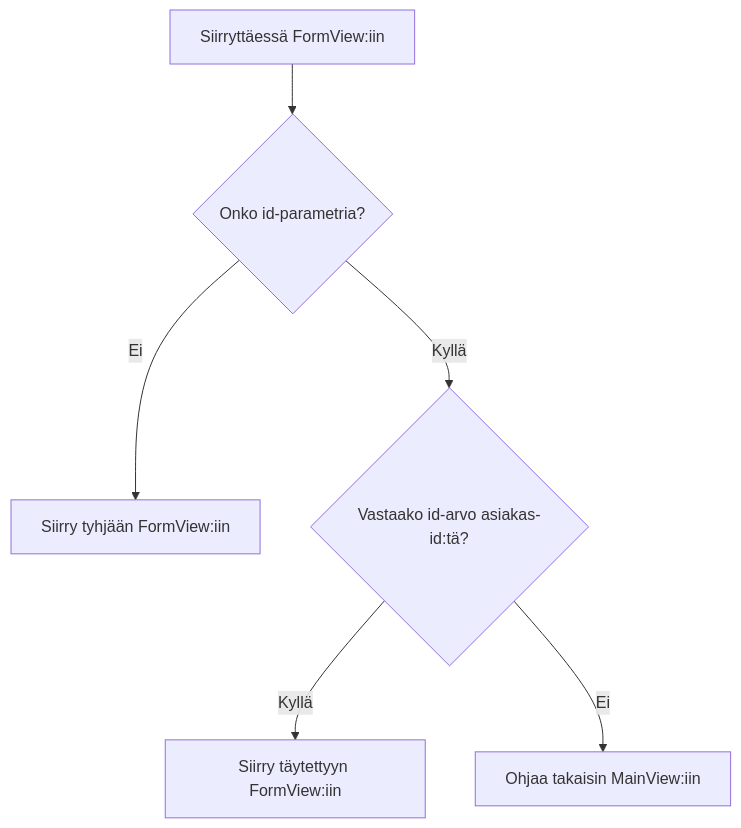
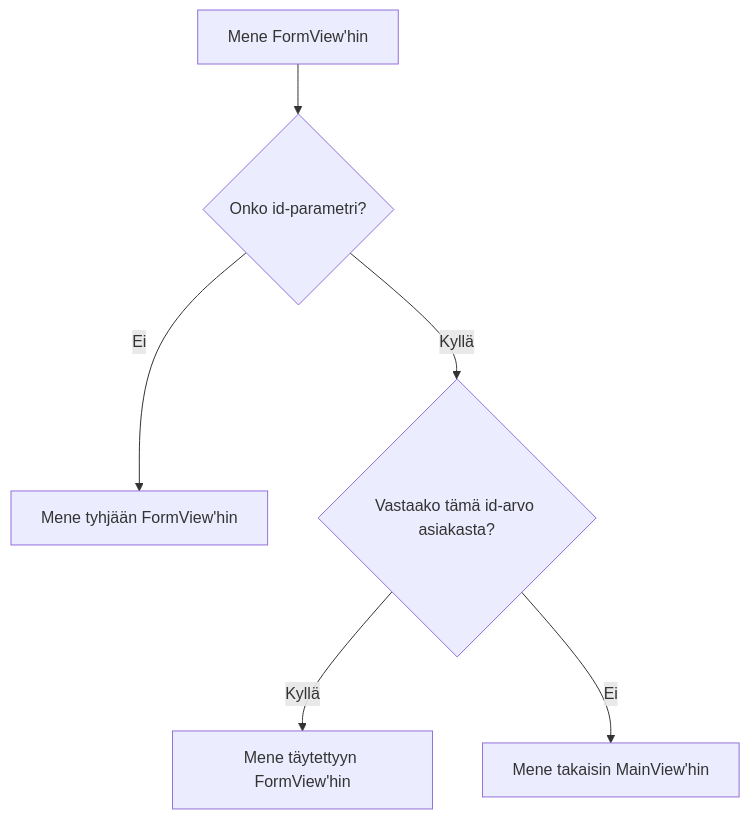
The diagram in docs/i18n/fi/docusaurus-plugin-content-docs/current/introduction/tutorial/observers-and-route-parameters.md (webforj/webforj-documentation), drawn with Mermaid before and after one commit. The commit also changed other lines of this file and 1016 other files, not shown here.

````diff
--- a/docs/i18n/fi/docusaurus-plugin-content-docs/current/introduction/tutorial/observers-and-route-parameters.md
+++ b/docs/i18n/fi/docusaurus-plugin-content-docs/current/introduction/tutorial/observers-and-route-parameters.md
@@ -72,8 +72,8 @@
 ```mermaid
 flowchart TD
-    A[Siirryttäessä FormView:iin] --> B{Onko id-parametria?}
-    B -->|Ei| C[Siirry tyhjään FormView:iin]
-    B -->|Kyllä| D{Vastaako id-arvo asiakas-id:tä?}
-    D -->|Kyllä| E[Siirry täytettyyn FormView:iin]
-    D -->|Ei| F[Ohjaa takaisin MainView:iin]
+    A[Mene FormView'hin] --> B{Onko id-parametri?}
+    B -->|Ei| C[Mene tyhjään FormView'hin]
+    B -->|Kyllä| D{Vastaako tämä id-arvo asiakasta?}
+    D -->|Kyllä| E[Mene täytettyyn FormView'hin]
+    D -->|Ei| F[Mene takaisin MainView'hin]
 ```
````
